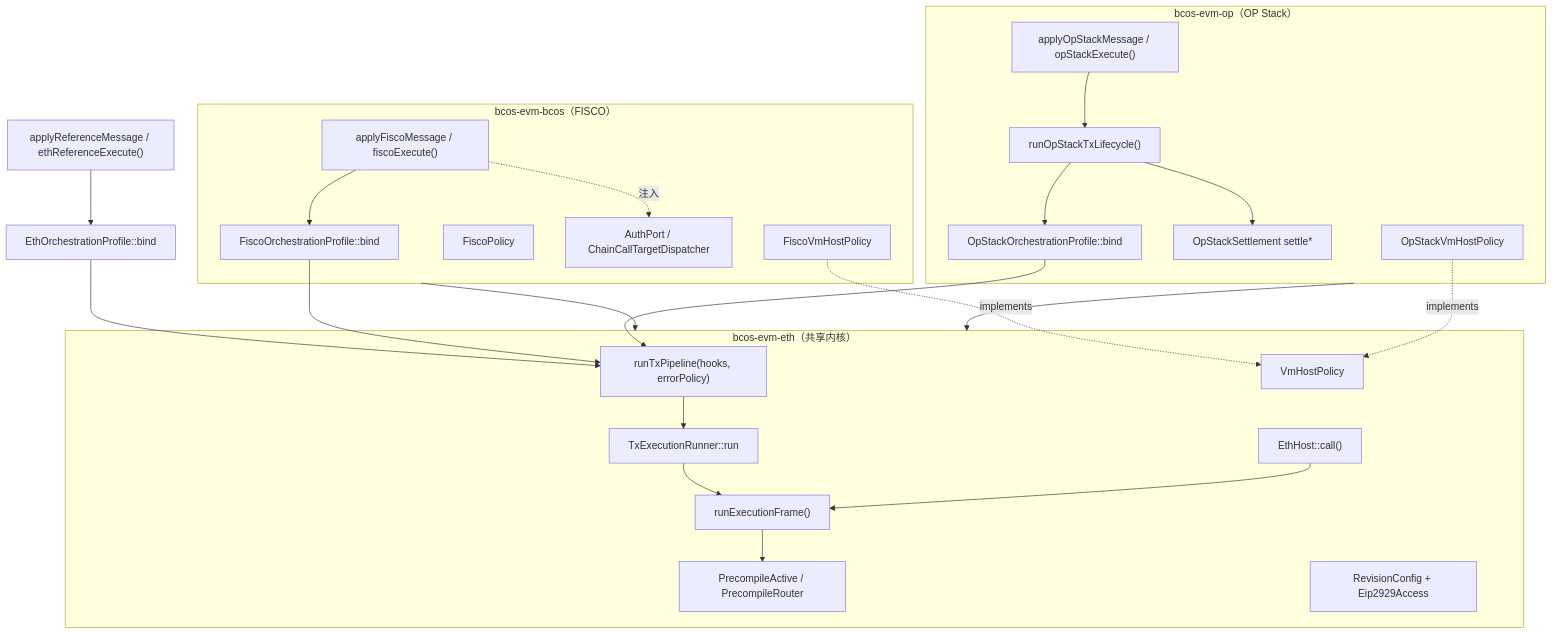
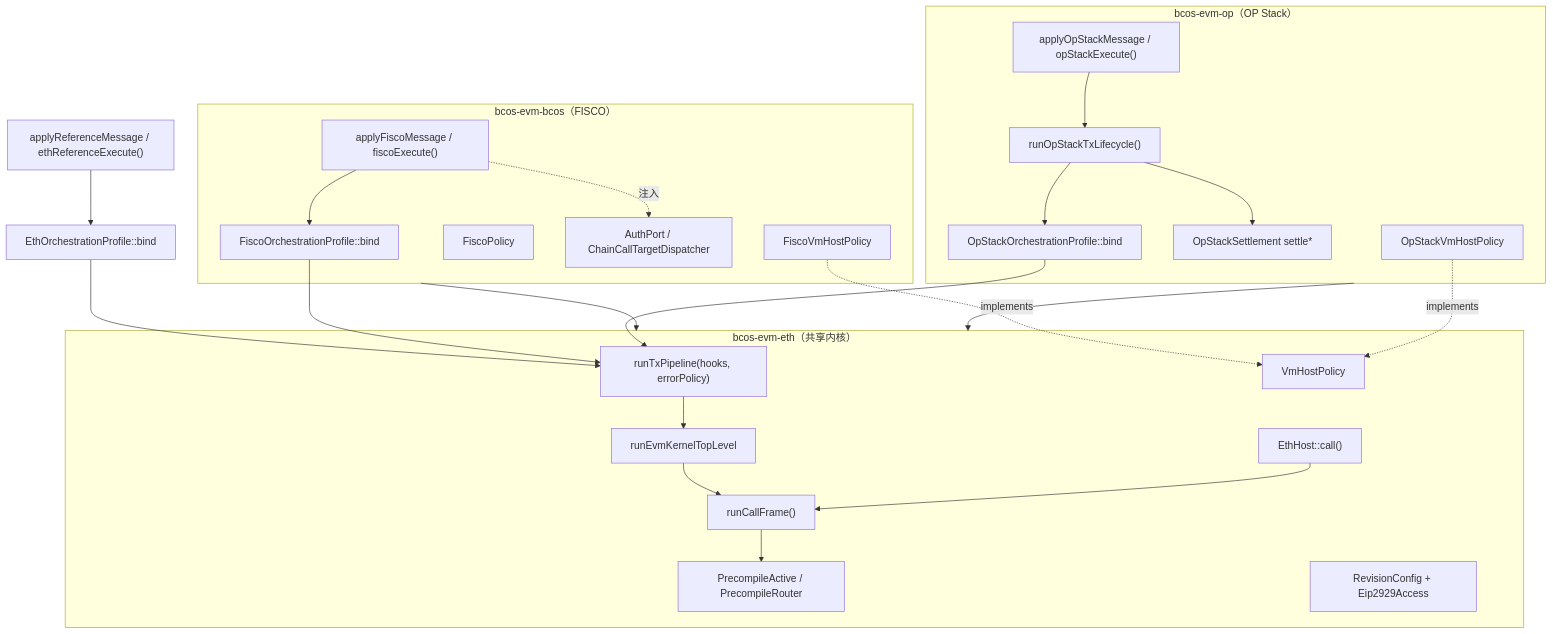
Before and after one commit to ywy2090/FISCO-BCOS: the diagram in bcos-evm/docs/architecture-overview.md, drawn with Mermaid. The commit also changed other lines of this file and 3 other files, not shown here.

Commit message:
chore(bcos-evm): sync architecture docs and deductIntrinsicGas test naming

````diff
--- a/bcos-evm/docs/architecture-overview.md
+++ b/bcos-evm/docs/architecture-overview.md
@@ -36,41 +36,41 @@
 ```mermaid
 graph TD
     subgraph kernel["bcos-evm-eth（共享内核）"]
         RO["runTxPipeline(hooks, errorPolicy)"]
-        TEA["TxExecutionRunner::run"]
-        EF["runExecutionFrame()"]
+        TEA["runEvmKernelTopLevel"]
+        EF["runCallFrame()"]
         PA["PrecompileActive / PrecompileRouter"]
         EH["EthHost::call()"]
         VHP["VmHostPolicy"]
         RC["RevisionConfig + Eip2929Access"]
     end
     subgraph bcos["bcos-evm-bcos（FISCO）"]
         FEB["applyFiscoMessage / fiscoExecute()"]
         FOP["FiscoOrchestrationProfile::bind"]
         FVP["FiscoVmHostPolicy"]
         FP["FiscoPolicy"]
         PORTS["AuthPort / ChainCallTargetDispatcher"]
     end
     subgraph op["bcos-evm-op（OP Stack）"]
         OEB["applyOpStackMessage / opStackExecute()"]
         OTL["runOpStackTxLifecycle()"]
         OOP["OpStackOrchestrationProfile::bind"]
         OSET["OpStackSettlement settle*"]
         OVP["OpStackVmHostPolicy"]
     end
     ETH["applyReferenceMessage / ethReferenceExecute()"] --> EOP["EthOrchestrationProfile::bind"]
     EOP --> RO
     FEB --> FOP --> RO
     OEB --> OTL
     OTL --> OOP --> RO
     OTL --> OSET
     RO --> TEA
     TEA --> EF
     EF --> PA
     EH --> EF
     FVP -.implements.-> VHP
     OVP -.implements.-> VHP
     FEB -. 注入 .-> PORTS
     bcos --> kernel
     op --> kernel
 ```
````
